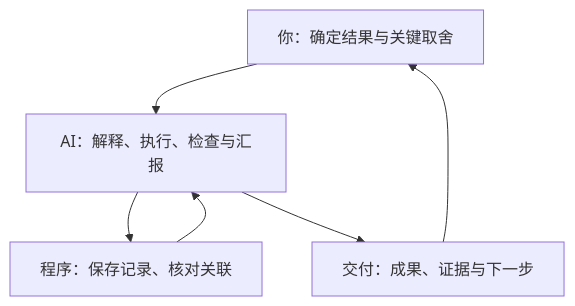
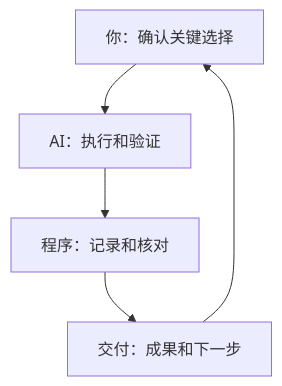
Before and after one commit to Irixil/irixi-project-forge: the third of 3 diagrams in README.md, drawn with Mermaid.

Commit message:
Keep responsibility diagram legible on narrow screens

````diff
--- a/README.md
+++ b/README.md
@@ -78,8 +78,7 @@
 ```mermaid
 flowchart TD
-    U["你：确定结果与关键取舍"] --> A["AI：解释、执行、检查与汇报"]
-    A --> P["程序：保存记录、核对关联"]
-    P --> A
-    A --> R["交付：成果、证据与下一步"]
+    U["你：确认关键选择"] --> A["AI：执行和验证"]
+    A --> P["程序：记录和核对"]
+    P --> R["交付：成果和下一步"]
     R --> U
 ```
````
